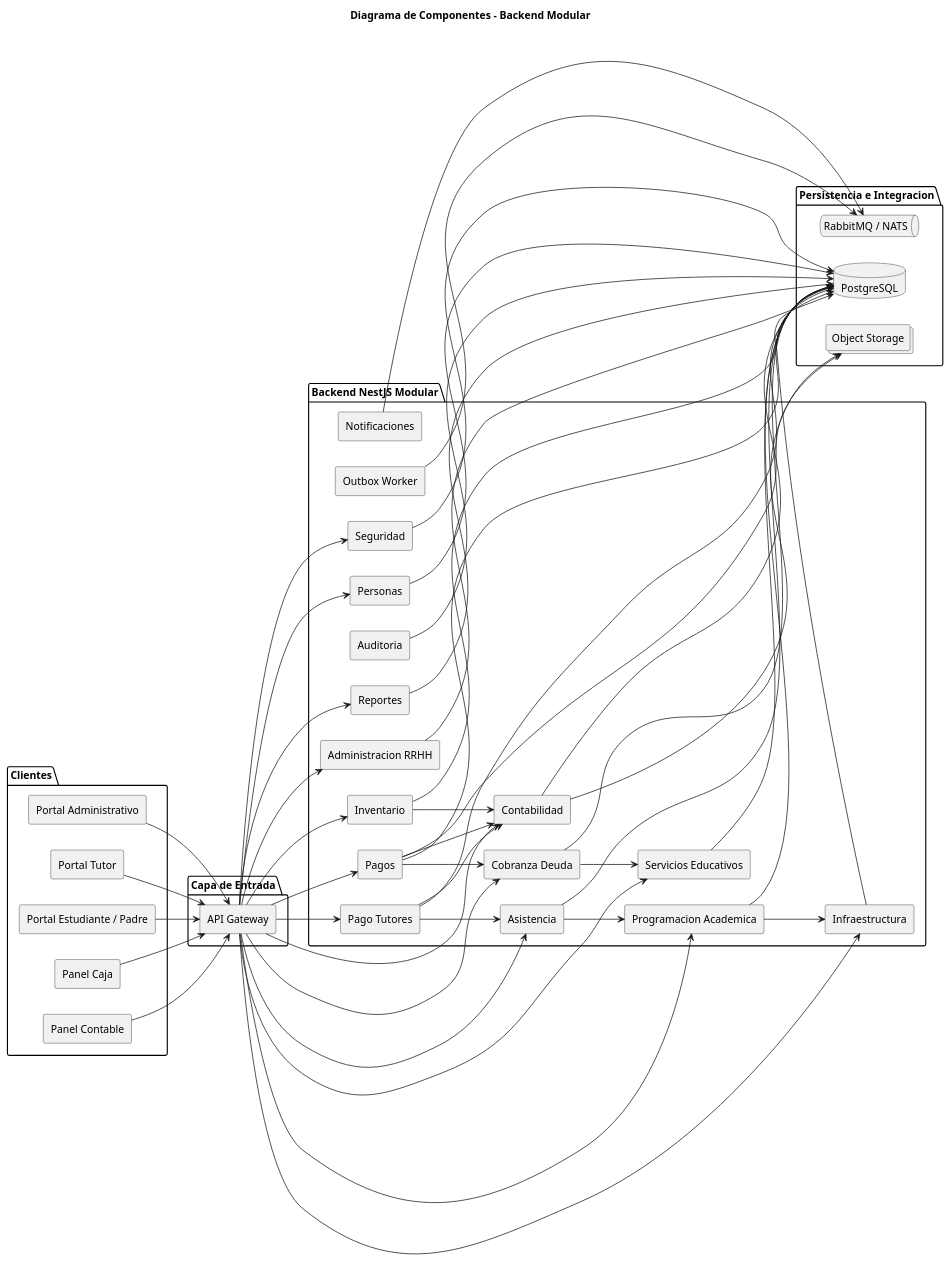
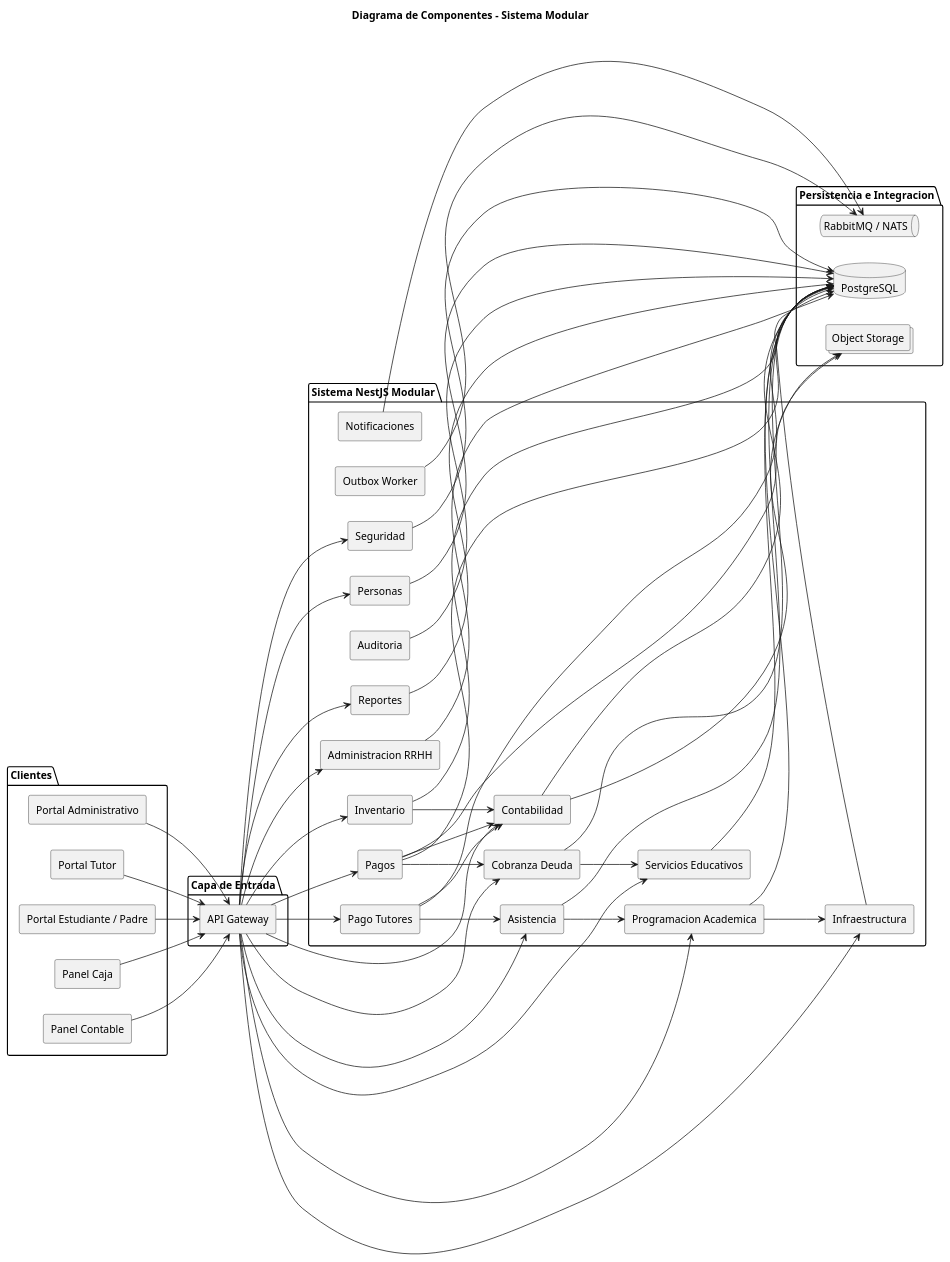
One commit to PabloArauzCaballero/cpa_plataforma_frontend changed the diagram in docs/systemInfo/componentDiagram.puml. Above: the diagram before and after it, drawn with PlantUML. The commit also changed 77 other files, not shown here.

```diff
--- a/docs/systemInfo/componentDiagram.puml
+++ b/docs/systemInfo/componentDiagram.puml
@@ -1,92 +1,92 @@
 @startuml
 skinparam componentStyle rectangle
 left to right direction
 
-title Diagrama de Componentes - Backend Modular
+title Diagrama de Componentes - Sistema Modular
 
 package "Clientes" {
   [Portal Administrativo]
   [Portal Tutor]
   [Portal Estudiante / Padre]
   [Panel Caja]
   [Panel Contable]
 }
 
 package "Capa de Entrada" {
   [API Gateway]
 }
 
-package "Backend NestJS Modular" {
+package "Sistema NestJS Modular" {
   [Seguridad]
   [Personas]
   [Administracion RRHH]
   [Servicios Educativos]
   [Programacion Academica]
   [Asistencia]
   [Cobranza Deuda]
   [Pagos]
   [Pago Tutores]
   [Contabilidad]
   [Infraestructura]
   [Inventario]
   [Notificaciones]
   [Auditoria]
   [Reportes]
   [Outbox Worker]
 }
 
 package "Persistencia e Integracion" {
   database "PostgreSQL" as PG
   queue "RabbitMQ / NATS" as MQ
   collections "Object Storage" as OS
 }
 
 [Portal Administrativo] --> [API Gateway]
 [Portal Tutor] --> [API Gateway]
 [Portal Estudiante / Padre] --> [API Gateway]
 [Panel Caja] --> [API Gateway]
 [Panel Contable] --> [API Gateway]
 
 [API Gateway] --> [Seguridad]
 [API Gateway] --> [Personas]
 [API Gateway] --> [Administracion RRHH]
 [API Gateway] --> [Servicios Educativos]
 [API Gateway] --> [Programacion Academica]
 [API Gateway] --> [Asistencia]
 [API Gateway] --> [Cobranza Deuda]
 [API Gateway] --> [Pagos]
 [API Gateway] --> [Pago Tutores]
 [API Gateway] --> [Contabilidad]
 [API Gateway] --> [Infraestructura]
 [API Gateway] --> [Inventario]
 [API Gateway] --> [Reportes]
 
 [Programacion Academica] --> [Infraestructura]
 [Asistencia] --> [Programacion Academica]
 [Cobranza Deuda] --> [Servicios Educativos]
 [Pagos] --> [Cobranza Deuda]
 [Pago Tutores] --> [Asistencia]
 [Pago Tutores] --> [Contabilidad]
 [Pagos] --> [Contabilidad]
 [Inventario] --> [Contabilidad]
 [Notificaciones] --> MQ
 [Auditoria] --> PG
 [Outbox Worker] --> MQ
 
 [Seguridad] --> PG
 [Personas] --> PG
 [Administracion RRHH] --> PG
 [Servicios Educativos] --> PG
 [Programacion Academica] --> PG
 [Asistencia] --> PG
 [Cobranza Deuda] --> PG
 [Pagos] --> PG
 [Pago Tutores] --> PG
 [Contabilidad] --> PG
 [Infraestructura] --> PG
 [Inventario] --> PG
 [Reportes] --> PG
 [Contabilidad] --> OS
 [Pagos] --> OS
 
 @enduml
```
